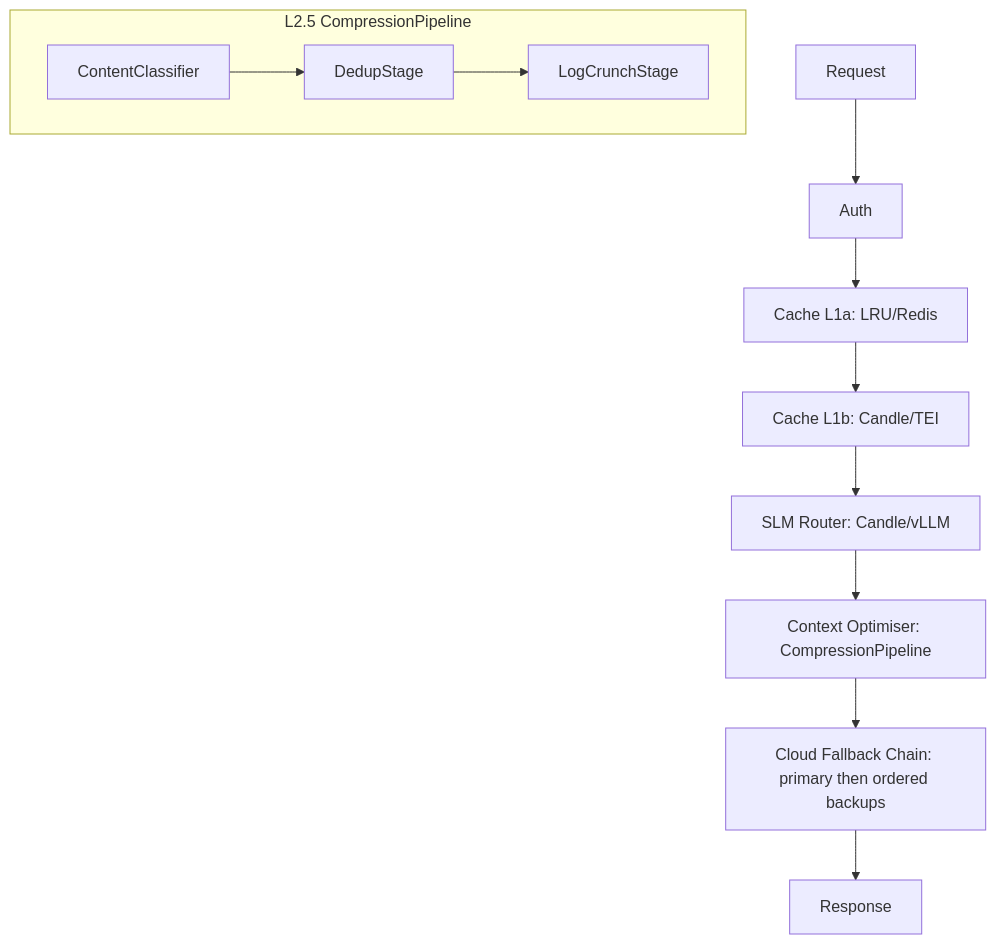
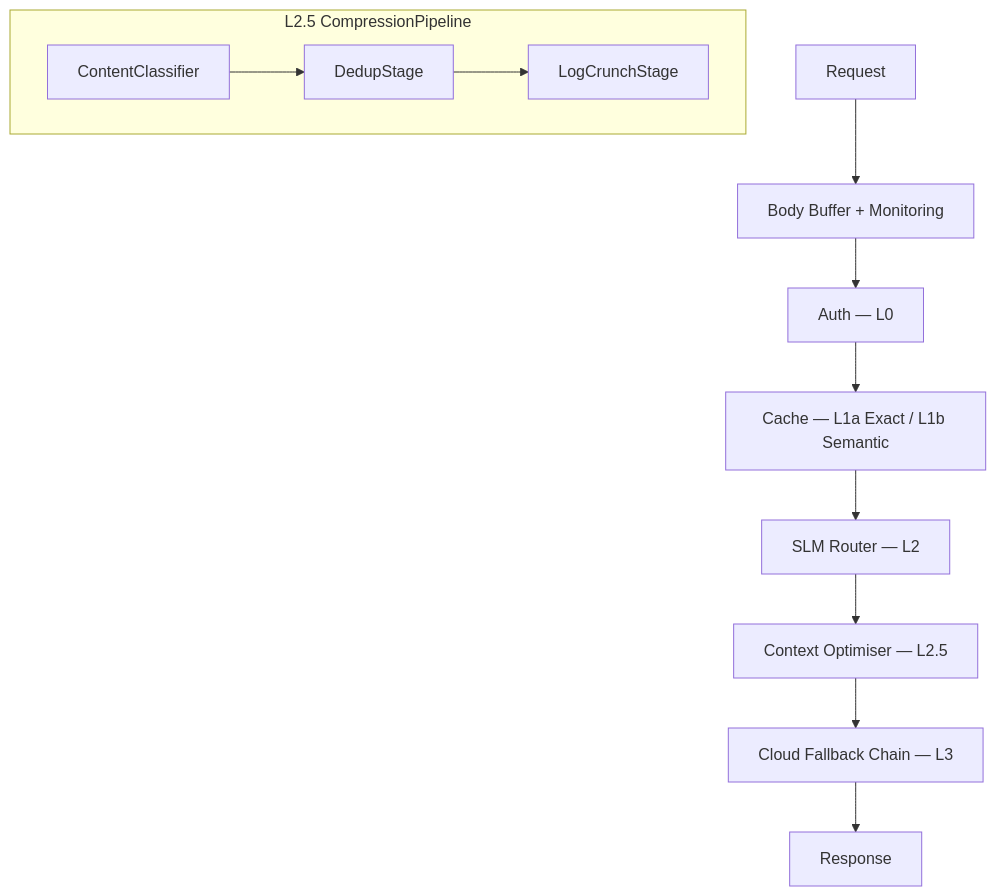
The diagram in docs-site/src/concepts/architecture.md (isartor-ai/Isartor), drawn with Mermaid before and after one commit. The commit also changed other lines of this file and 23 other files, not shown here.

First line of the commit message:
refactor: consolidate test fixtures, deduplicate handler logic, remove dead code, update architecture docs

````diff
--- a/docs-site/src/concepts/architecture.md
+++ b/docs-site/src/concepts/architecture.md
@@ -30,16 +47,16 @@
 ```mermaid
 flowchart TD
-    A[Request] --> B[Auth]
-    B --> C[Cache L1a: LRU/Redis]
-    C --> D[Cache L1b: Candle/TEI]
-    D --> E[SLM Router: Candle/vLLM]
-    E --> F[Context Optimiser: CompressionPipeline]
-    F --> G[Cloud Fallback Chain: primary then ordered backups]
+    A[Request] --> B[Body Buffer + Monitoring]
+    B --> C[Auth — L0]
+    C --> D[Cache — L1a Exact / L1b Semantic]
+    D --> E[SLM Router — L2]
+    E --> F[Context Optimiser — L2.5]
+    F --> G[Cloud Fallback Chain — L3]
     G --> H[Response]
 
     subgraph F_detail [L2.5 CompressionPipeline]
         direction LR
         F1[ContentClassifier] --> F2[DedupStage]
         F2 --> F3[LogCrunchStage]
     end
 ```
````
